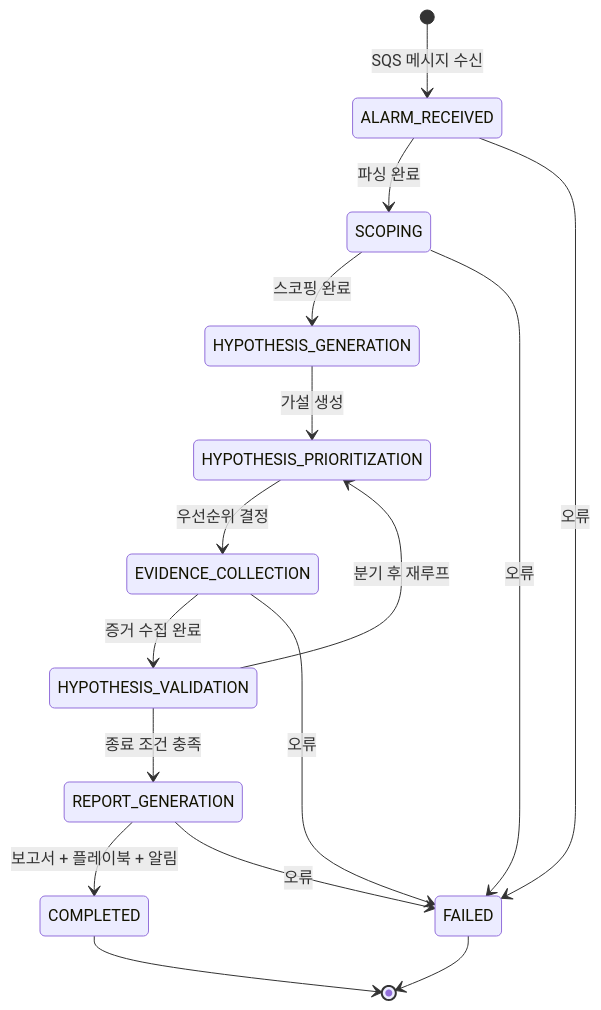
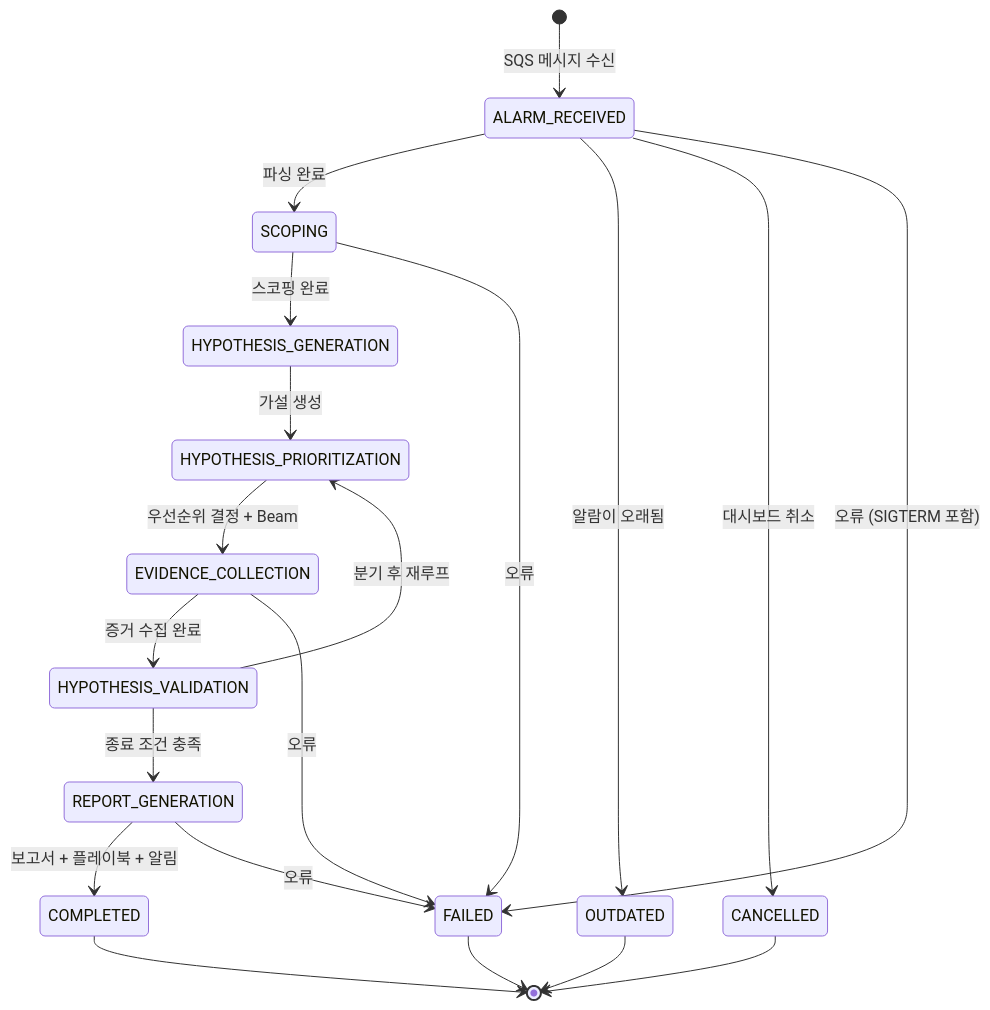
One commit to haandol/rca-agent changed diagram 16 of 22 in docs/system-guide-for-ops.md. Above: the diagram before and after it, drawn with Mermaid. The commit also changed other lines of this file and 9 other files, not shown here.

````diff
--- a/docs/system-guide-for-ops.md
+++ b/docs/system-guide-for-ops.md
@@ -739,21 +747,25 @@
 ```mermaid
 stateDiagram-v2
     [*] --> ALARM_RECEIVED: SQS 메시지 수신
 
     ALARM_RECEIVED --> SCOPING: 파싱 완료
     SCOPING --> HYPOTHESIS_GENERATION: 스코핑 완료
     HYPOTHESIS_GENERATION --> HYPOTHESIS_PRIORITIZATION: 가설 생성
-    HYPOTHESIS_PRIORITIZATION --> EVIDENCE_COLLECTION: 우선순위 결정
+    HYPOTHESIS_PRIORITIZATION --> EVIDENCE_COLLECTION: 우선순위 결정 + Beam
     EVIDENCE_COLLECTION --> HYPOTHESIS_VALIDATION: 증거 수집 완료
     HYPOTHESIS_VALIDATION --> REPORT_GENERATION: 종료 조건 충족
     HYPOTHESIS_VALIDATION --> HYPOTHESIS_PRIORITIZATION: 분기 후 재루프
     REPORT_GENERATION --> COMPLETED: 보고서 + 플레이북 + 알림
 
-    ALARM_RECEIVED --> FAILED: 오류
+    ALARM_RECEIVED --> OUTDATED: 알람이 오래됨
+    ALARM_RECEIVED --> CANCELLED: 대시보드 취소
+    ALARM_RECEIVED --> FAILED: 오류 (SIGTERM 포함)
     SCOPING --> FAILED: 오류
     EVIDENCE_COLLECTION --> FAILED: 오류
     REPORT_GENERATION --> FAILED: 오류
 
     COMPLETED --> [*]
     FAILED --> [*]
+    CANCELLED --> [*]
+    OUTDATED --> [*]
 ```
````
